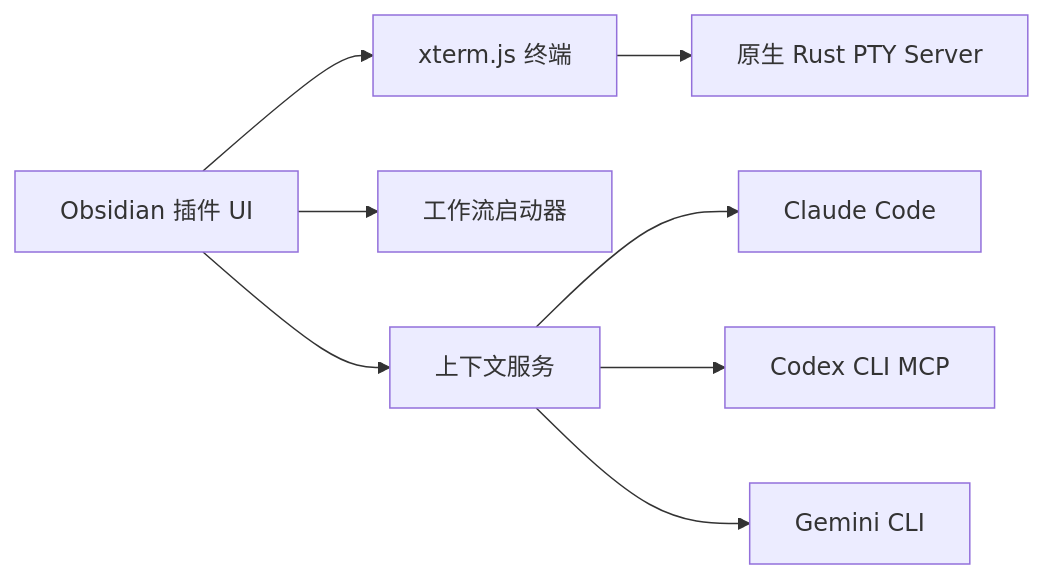
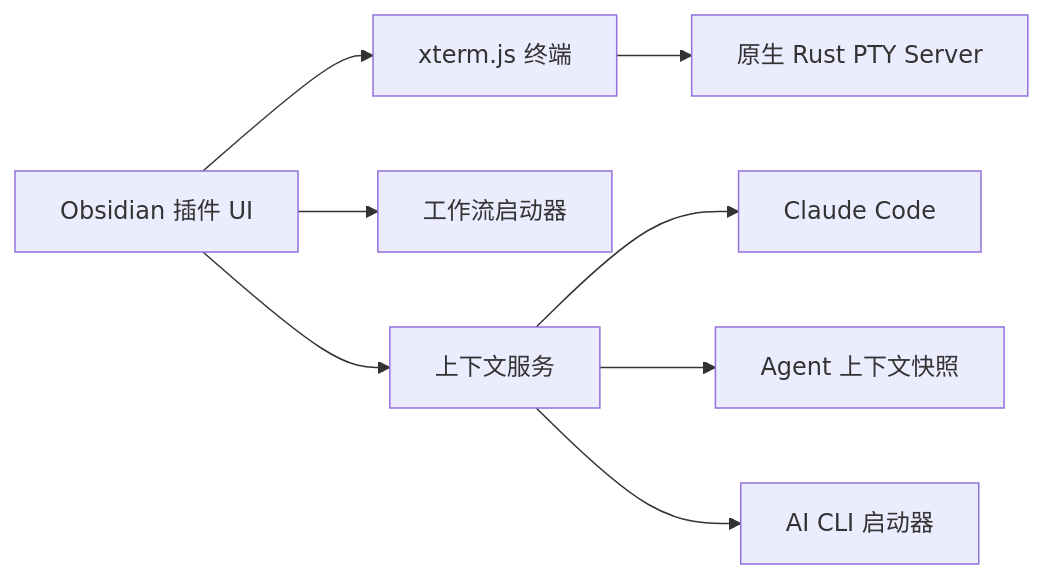
The diagram in README_ZH.md (ZyphrZero/Termy), drawn with Mermaid before and after one commit. The commit also changed other lines of this file and 20 other files, not shown here.

First line of the commit message:
refactor(context): avoid global CLI config for agent context

````diff
--- a/README_ZH.md
+++ b/README_ZH.md
@@ -198,10 +200,10 @@
 ```mermaid
 graph LR
   A[Obsidian 插件 UI] --> B[xterm.js 终端]
   B --> C[原生 Rust PTY Server]
   A --> D[工作流启动器]
   A --> E[上下文服务]
   E --> F[Claude Code]
-  E --> G[Codex CLI MCP]
-  E --> H[Gemini CLI]
+  E --> G[Agent 上下文快照]
+  E --> H[AI CLI 启动器]
 ```
````
